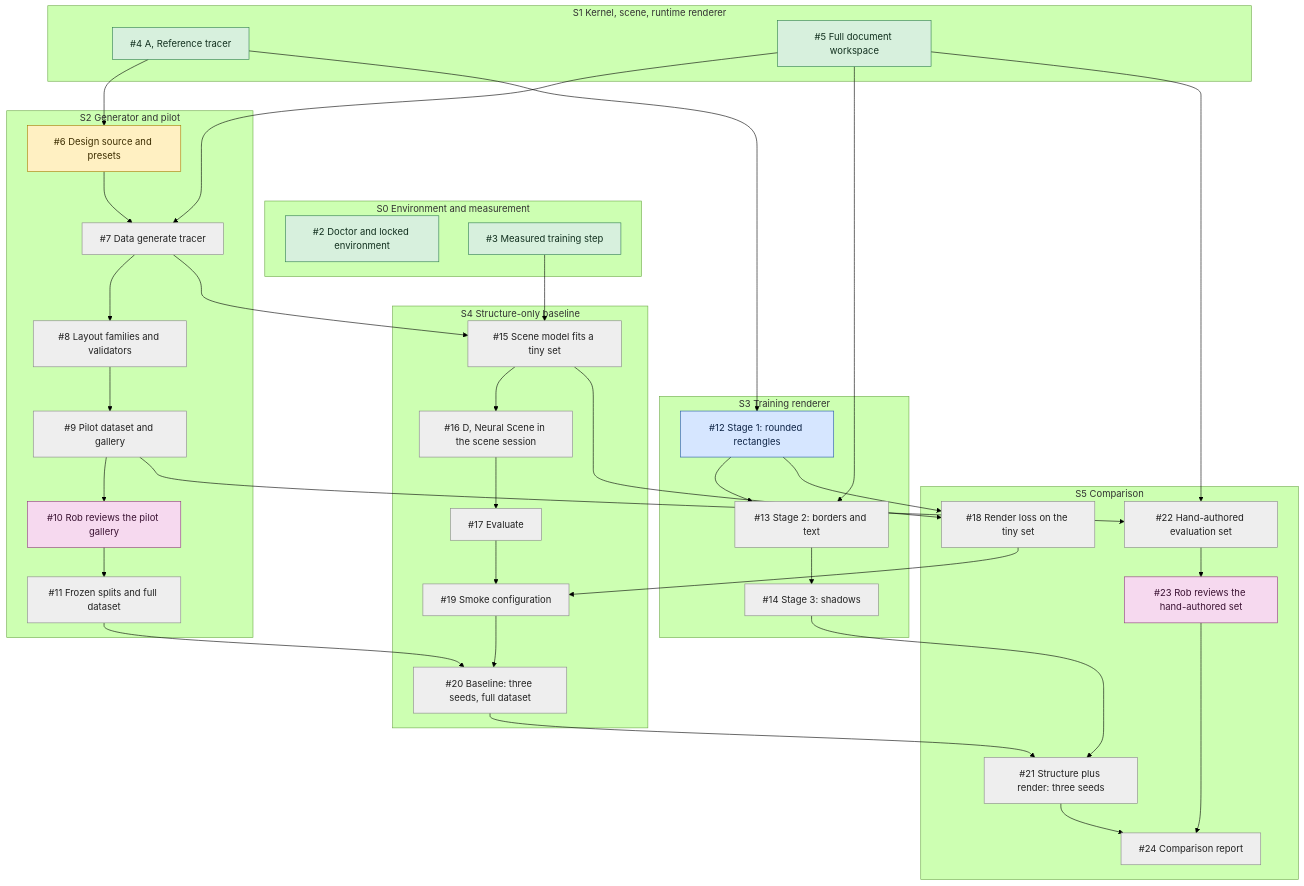
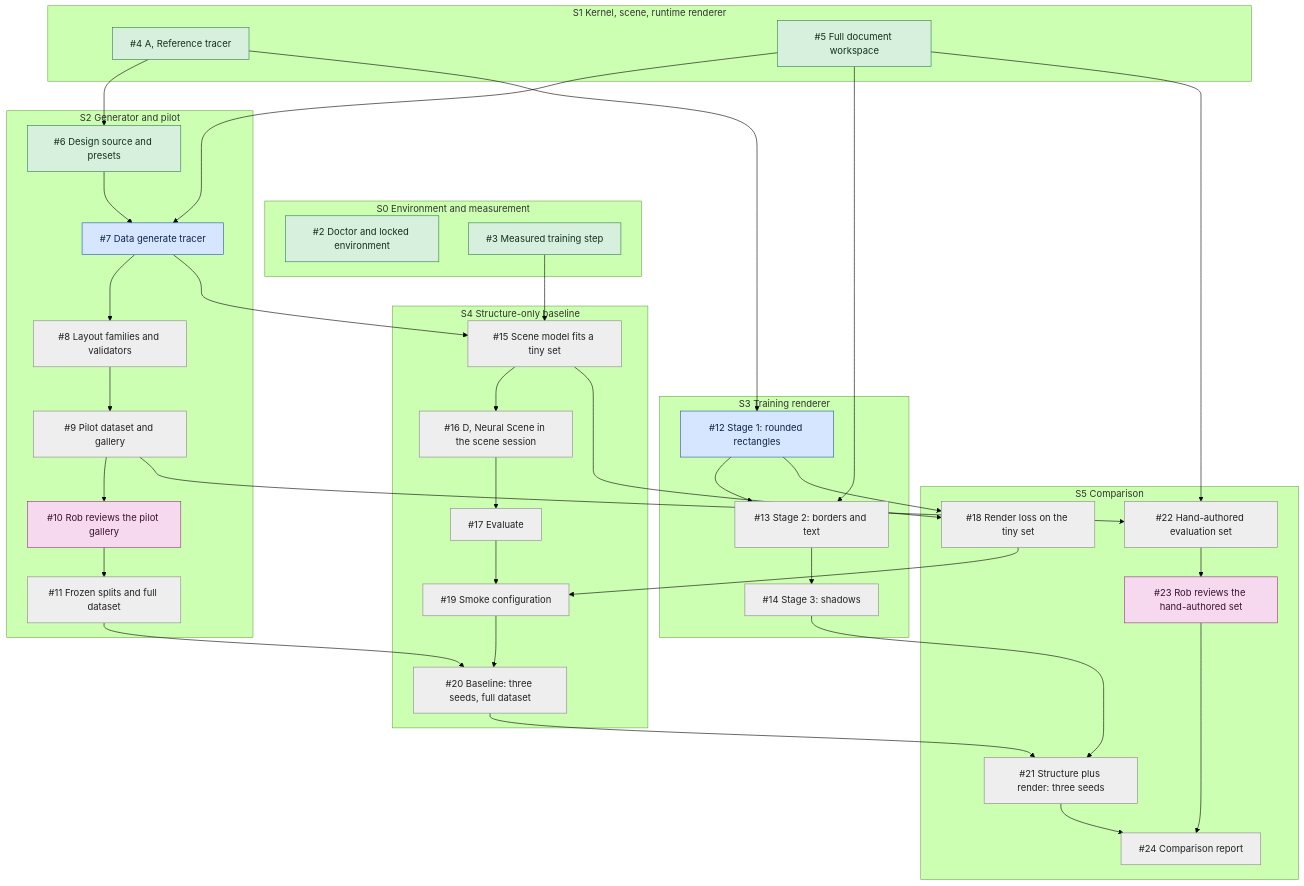
One commit to robdhyman/core-ultra-neural-engine changed the diagram in docs/roadmap.md. Above: the diagram before and after it, drawn with Mermaid (forest theme). The commit also changed other lines of this file and 1 other file, not shown here.

First line of the commit message:
Update the roadmap and designers' guide for the merge of issue 6

````diff
--- a/docs/roadmap.md
+++ b/docs/roadmap.md
@@ -26,60 +26,59 @@
 ```mermaid
 flowchart TD
     classDef done fill:#d7f0dd,stroke:#2e7d4f,color:#12301f
-    classDef review fill:#fff0c2,stroke:#a67c00,color:#3d2e00
     classDef ready fill:#d6e6ff,stroke:#2457a6,color:#0f2547
     classDef waiting fill:#eeeeee,stroke:#888888,color:#222222
     classDef rob fill:#f6d9ef,stroke:#8e3a7c,color:#3a1232
 
     subgraph S0["S0 Environment and measurement"]
         i2["#2 Doctor and locked environment"]:::done
         i3["#3 Measured training step"]:::done
     end
     subgraph S1["S1 Kernel, scene, runtime renderer"]
         i4["#4 A, Reference tracer"]:::done
         i5["#5 Full document workspace"]:::done
     end
     subgraph S2["S2 Generator and pilot"]
-        i6["#6 Design source and presets"]:::review
-        i7["#7 Data generate tracer"]:::waiting
+        i6["#6 Design source and presets"]:::done
+        i7["#7 Data generate tracer"]:::ready
         i8["#8 Layout families and validators"]:::waiting
         i9["#9 Pilot dataset and gallery"]:::waiting
         i10["#10 Rob reviews the pilot gallery"]:::rob
         i11["#11 Frozen splits and full dataset"]:::waiting
     end
     subgraph S3["S3 Training renderer"]
         i12["#12 Stage 1: rounded rectangles"]:::ready
         i13["#13 Stage 2: borders and text"]:::waiting
         i14["#14 Stage 3: shadows"]:::waiting
     end
     subgraph S4["S4 Structure-only baseline"]
         i15["#15 Scene model fits a tiny set"]:::waiting
         i16["#16 D, Neural Scene in the scene session"]:::waiting
         i17["#17 Evaluate"]:::waiting
         i19["#19 Smoke configuration"]:::waiting
         i20["#20 Baseline: three seeds, full dataset"]:::waiting
     end
     subgraph S5["S5 Comparison"]
         i18["#18 Render loss on the tiny set"]:::waiting
         i21["#21 Structure plus render: three seeds"]:::waiting
         i22["#22 Hand-authored evaluation set"]:::waiting
         i23["#23 Rob reviews the hand-authored set"]:::rob
         i24["#24 Comparison report"]:::waiting
     end
 
     i4 --> i6
     i5 --> i7
     i6 --> i7 --> i8 --> i9 --> i10 --> i11
     i4 --> i12 --> i13 --> i14
     i5 --> i13
     i3 --> i15
     i7 --> i15 --> i16 --> i17 --> i19
     i12 --> i18
     i15 --> i18 --> i19
     i11 --> i20
     i19 --> i20 --> i21
     i14 --> i21
     i5 --> i22
     i9 --> i22 --> i23 --> i24
     i21 --> i24
 ```
````
